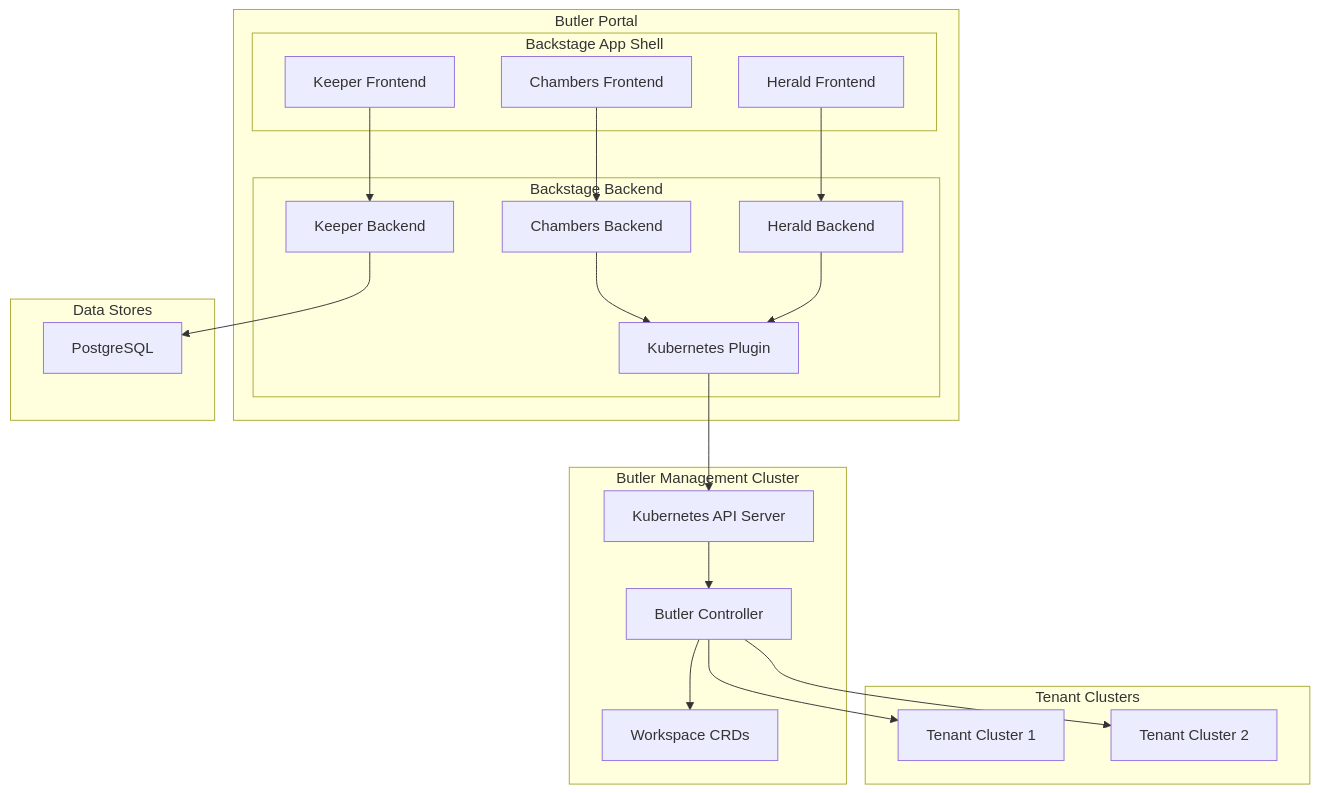
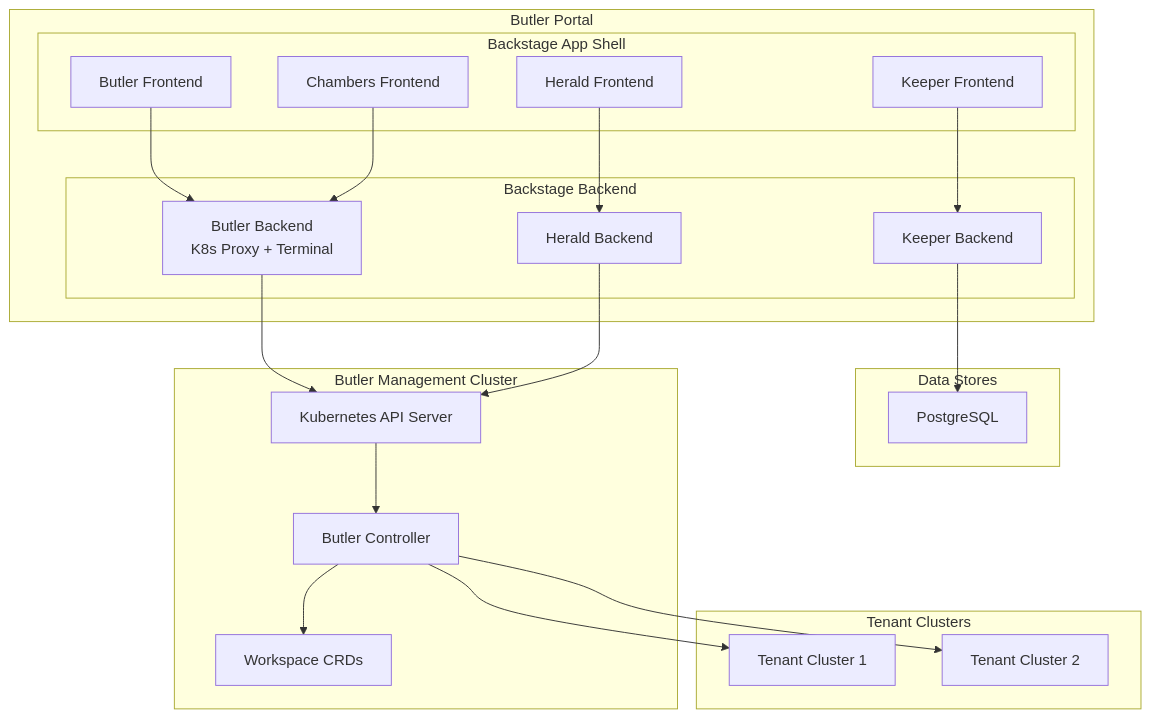
One commit to butlerdotdev/butler-portal changed the diagram in docs/architecture/README.md. Above: the diagram before and after it, drawn with Mermaid. The commit also changed other lines of this file and 6 other files, not shown here.

First line of the commit message:
docs: fix plugin package names and add Butler plugin docs

````diff
--- a/docs/architecture/README.md
+++ b/docs/architecture/README.md
@@ -12,47 +12,47 @@
 ```mermaid
 graph TB
     subgraph portal["Butler Portal"]
         subgraph app["Backstage App Shell"]
+            BF["Butler Frontend"]
             CF["Chambers Frontend"]
             KF["Keeper Frontend"]
             HF["Herald Frontend"]
         end
 
         subgraph backend["Backstage Backend"]
-            CB["Chambers Backend"]
+            BB["Butler Backend<br/>K8s Proxy + Terminal"]
             KB["Keeper Backend"]
             HB["Herald Backend"]
-            KP["Kubernetes Plugin"]
         end
     end
 
     subgraph storage["Data Stores"]
         PG["PostgreSQL"]
     end
 
     subgraph butler["Butler Management Cluster"]
         API["Kubernetes API Server"]
         BC["Butler Controller"]
         WS["Workspace CRDs"]
     end
 
     subgraph tenants["Tenant Clusters"]
         TC1["Tenant Cluster 1"]
         TC2["Tenant Cluster 2"]
     end
 
-    CF --> CB
+    BF --> BB
+    CF --> BB
     KF --> KB
     HF --> HB
 
-    CB --> KP
     KB --> PG
-    HB --> KP
+    BB --> API
+    HB --> API
 
-    KP --> API
     API --> BC
     BC --> WS
 
     BC --> TC1
     BC --> TC2
 ```
````
